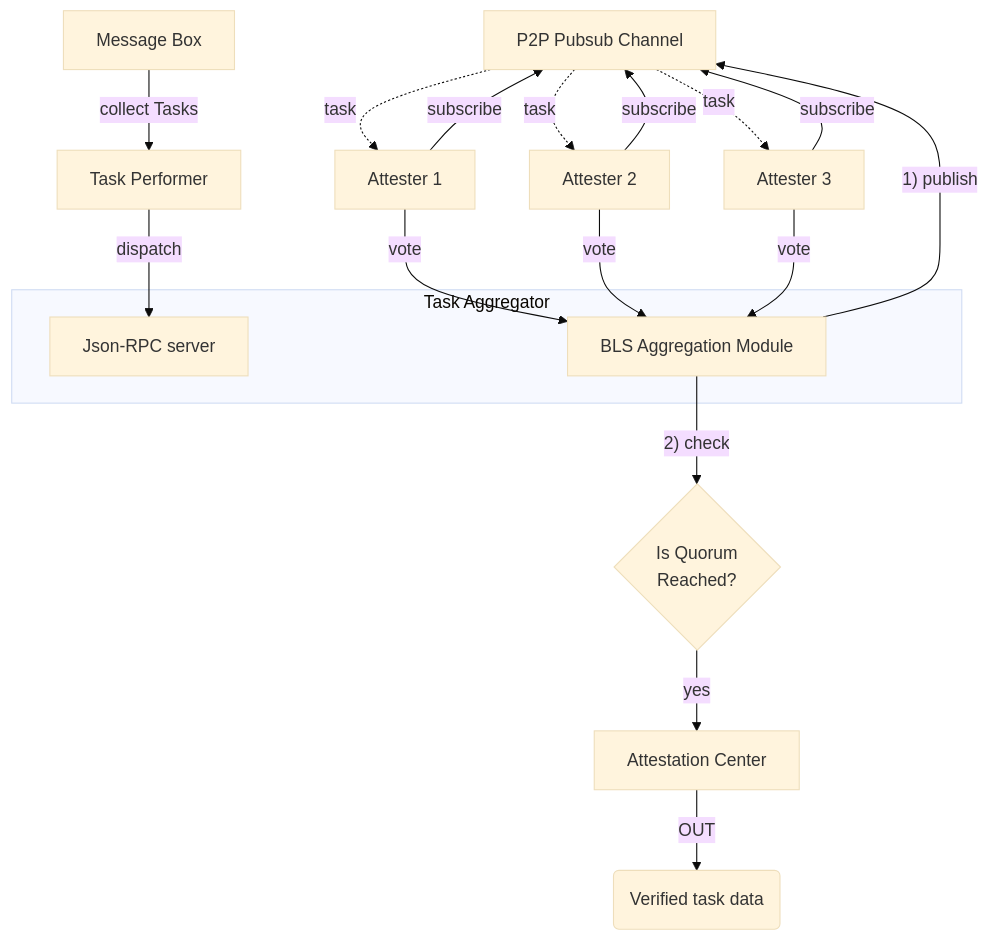
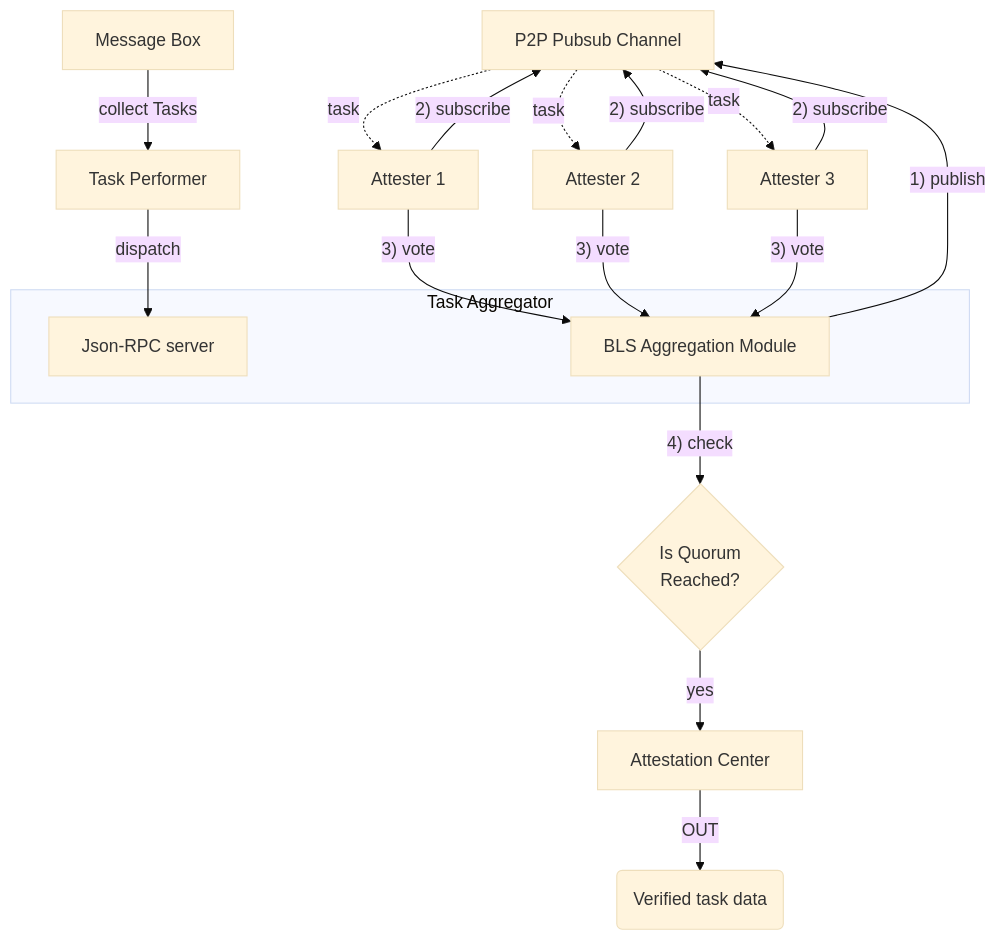
One commit to Skate-Org/docs changed the diagram in main/architecture/avs.mdx. Above: the diagram before and after it, drawn with Mermaid (base theme). The commit also changed 1 other file, not shown here.

````diff
--- a/main/architecture/avs.mdx
+++ b/main/architecture/avs.mdx
@@ -39,44 +39,44 @@
 ```mermaid
   flowchart 
     MB[Message Box]
     performer[Task Performer]
     p2p[P2P Pubsub Channel]
     jsonRPC[Json-RPC server]
     blsAggregator[BLS Aggregation Module]
 
 
     MB -- "collect Tasks" --> performer
 
     subgraph aggregator[Task Aggregator]
       jsonRPC
       blsAggregator
     end
 
     performer -- "dispatch" --> jsonRPC
 
     blsAggregator -- "1) publish" --> p2p
 
     attester1[Attester 1]
     attester2[Attester 2]
     attester3[Attester 3]
 
-    attester1 -- "subscribe" --> p2p
+    attester1 -- "2) subscribe" --> p2p
     p2p -. "task" .-> attester1
 
-    attester2 -- "subscribe" --> p2p
+    attester2 -- "2) subscribe" --> p2p
     p2p -. "task" .-> attester2
 
-    attester3 -- "subscribe" --> p2p
+    attester3 -- "2) subscribe" --> p2p
     p2p -. "task" .-> attester3
 
-    attester1 -- "vote" --> blsAggregator
-    attester2 -- "vote" --> blsAggregator
-    attester3 -- "vote" --> blsAggregator
+    attester1 -- "3) vote" --> blsAggregator
+    attester2 -- "3) vote" --> blsAggregator
+    attester3 -- "3) vote" --> blsAggregator
 
     quorumReached{"Is Quorum\n Reached?"}
-    blsAggregator -- "2) check" --> quorumReached
+    blsAggregator -- "4) check" --> quorumReached
 
     quorumReached -- "yes" --> AC[Attestation Center]
 
     AC -- "OUT" --> data(Verified task data)
 ```
````
